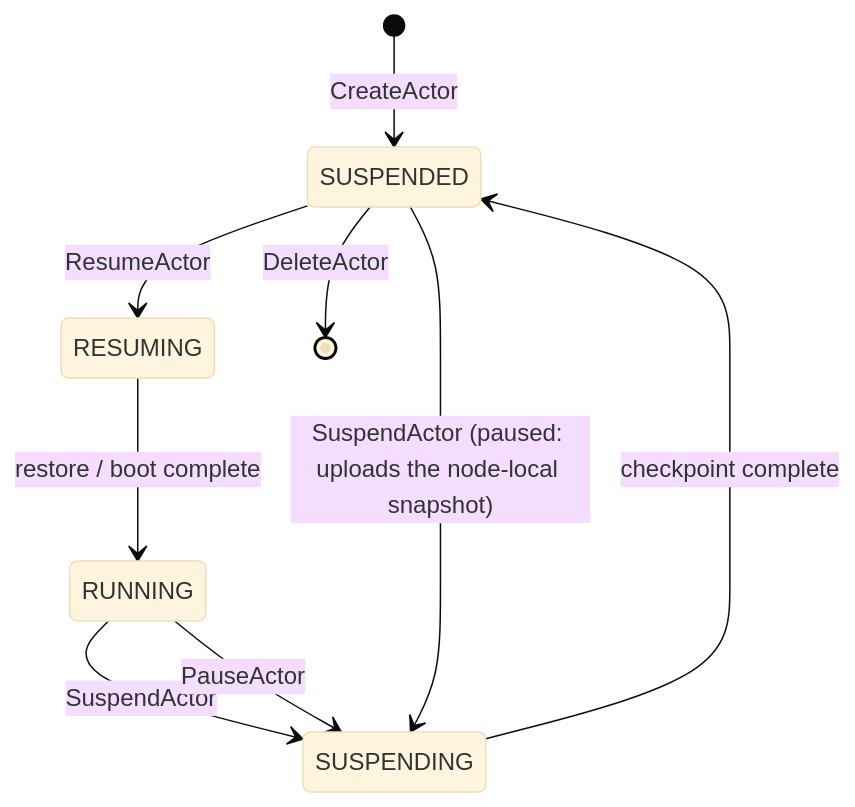
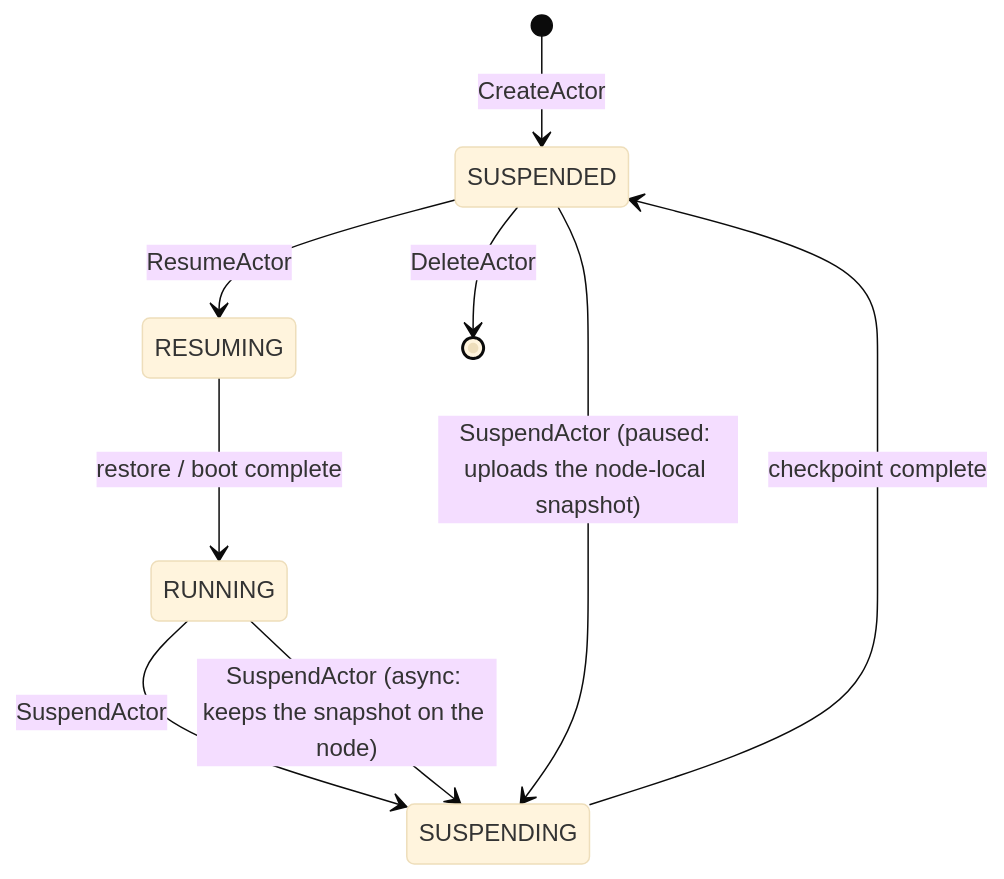
The third of 3 diagrams in docs/architecture.md (agent-substrate/substrate), drawn with Mermaid (base theme) before and after one commit. The commit also changed 15 other files, not shown here.

First line of the commit message:
Move PauseActor callers to an async SuspendActor

````diff
--- a/docs/architecture.md
+++ b/docs/architecture.md
@@ -417,11 +417,11 @@
 ```mermaid
 stateDiagram-v2
     [*] --> SUSPENDED : CreateActor
     SUSPENDED --> RESUMING : ResumeActor
     RESUMING --> RUNNING : restore / boot complete
     RUNNING --> SUSPENDING : SuspendActor
     SUSPENDING --> SUSPENDED : checkpoint complete
-    RUNNING --> SUSPENDING : PauseActor
+    RUNNING --> SUSPENDING : SuspendActor (async: keeps the snapshot on the node)
     SUSPENDED --> SUSPENDING : SuspendActor (paused: uploads the node-local snapshot)
     SUSPENDED --> [*] : DeleteActor
 ```
````
